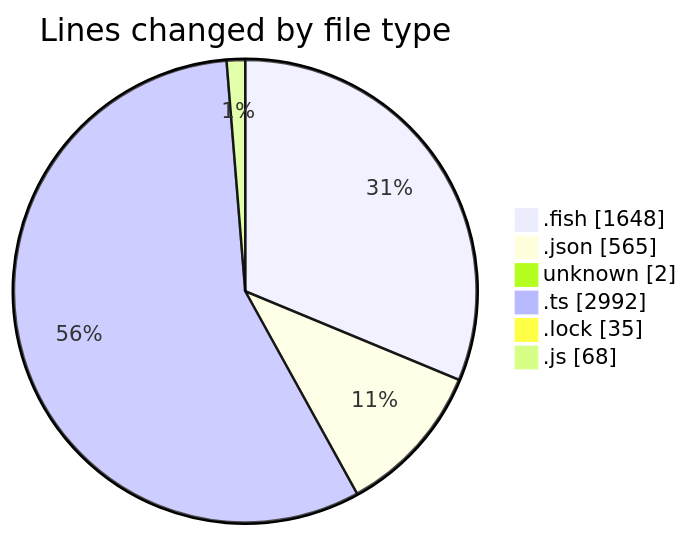
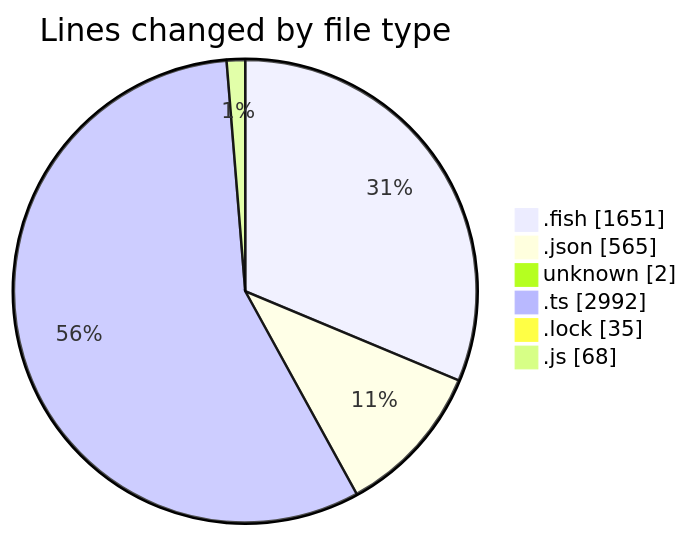
Before and after one commit to EIIisD/code-tracking: the first of 2 diagrams in 2025-07-12/fish/README.md, drawn with Mermaid. The commit also changed other lines of this file and 1 other file, not shown here.

````diff
--- a/2025-07-12/fish/README.md
+++ b/2025-07-12/fish/README.md
@@ -140,10 +140,10 @@
 ```mermaid
 pie showData
 title Lines changed by file type
-".fish" : 1648
+".fish" : 1651
 ".json" : 565
 "unknown" : 2
 ".ts" : 2992
 ".lock" : 35
 ".js" : 68
 ```
````
